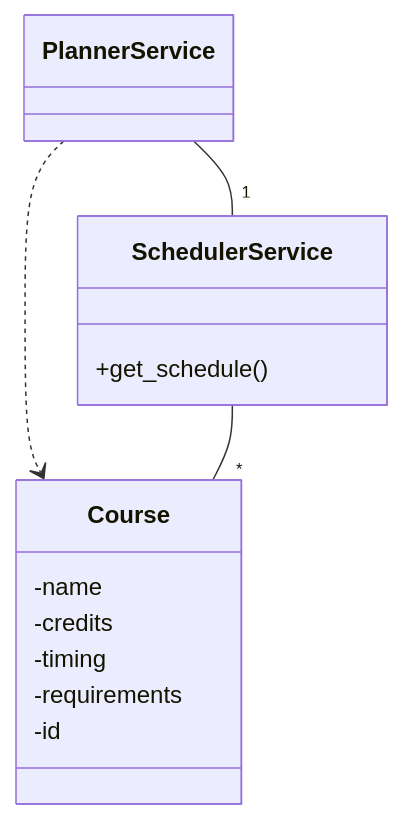
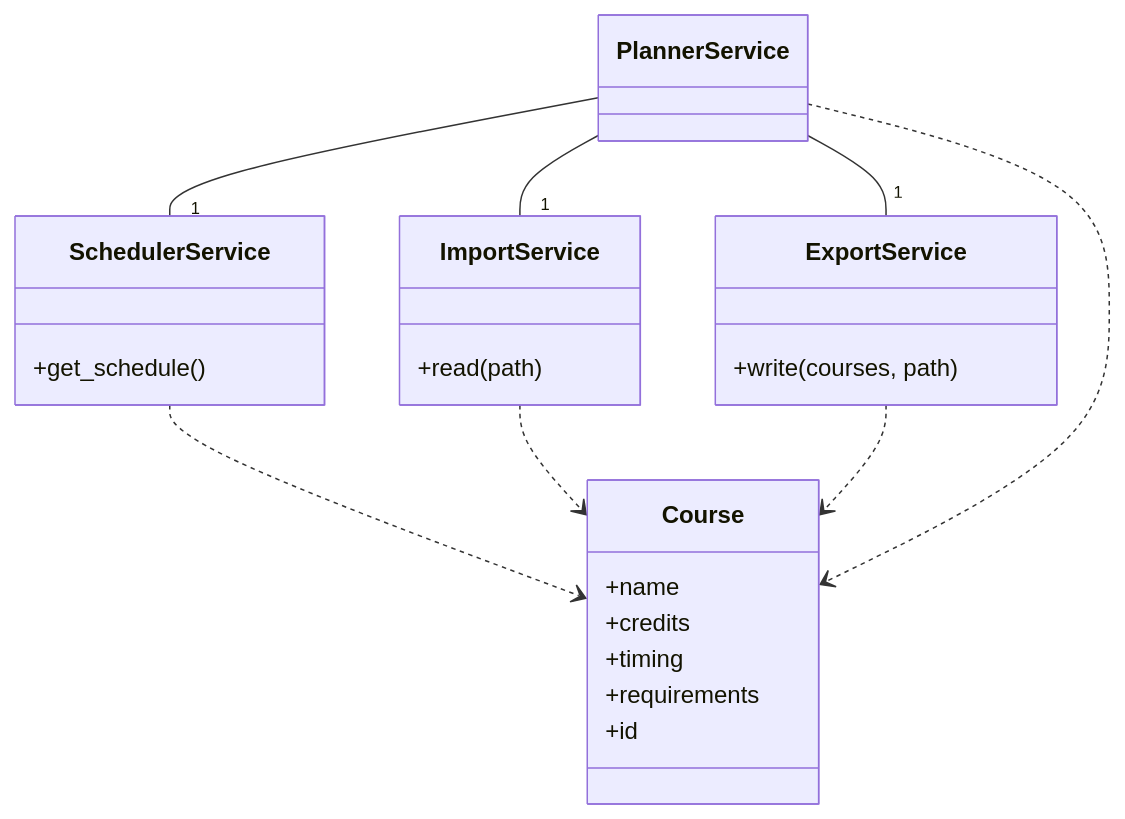
The first of 7 diagrams in dokumentaatio/arkkitehtuuri.md (TheJiahao/ohte-harjoitustyo), drawn with Mermaid before and after one commit. The commit also changed other lines of this file and 4 other files, not shown here.

````diff
--- a/dokumentaatio/arkkitehtuuri.md
+++ b/dokumentaatio/arkkitehtuuri.md
@@ -9,18 +14,31 @@
 ```mermaid
 classDiagram
+    PlannerService -- "1" SchedulerService
+    PlannerService -- "1" ImportService
+    PlannerService -- "1" ExportService
+    
+    SchedulerService ..> Course
+    ImportService ..> Course
+    ExportService ..> Course
     PlannerService ..> Course
-    PlannerService -- "1" SchedulerService
-    SchedulerService -- "*" Course
 
     class Course {
-        -name
-        -credits
-        -timing
-        -requirements
-        -id
+        +name
+        +credits
+        +timing
+        +requirements
+        +id
     }
 
     class SchedulerService {
         +get_schedule()
     }
+
+    class ImportService {
+        +read(path)
+    }
+
+    class ExportService {
+        +write(courses, path)
+    }
 ```
````
